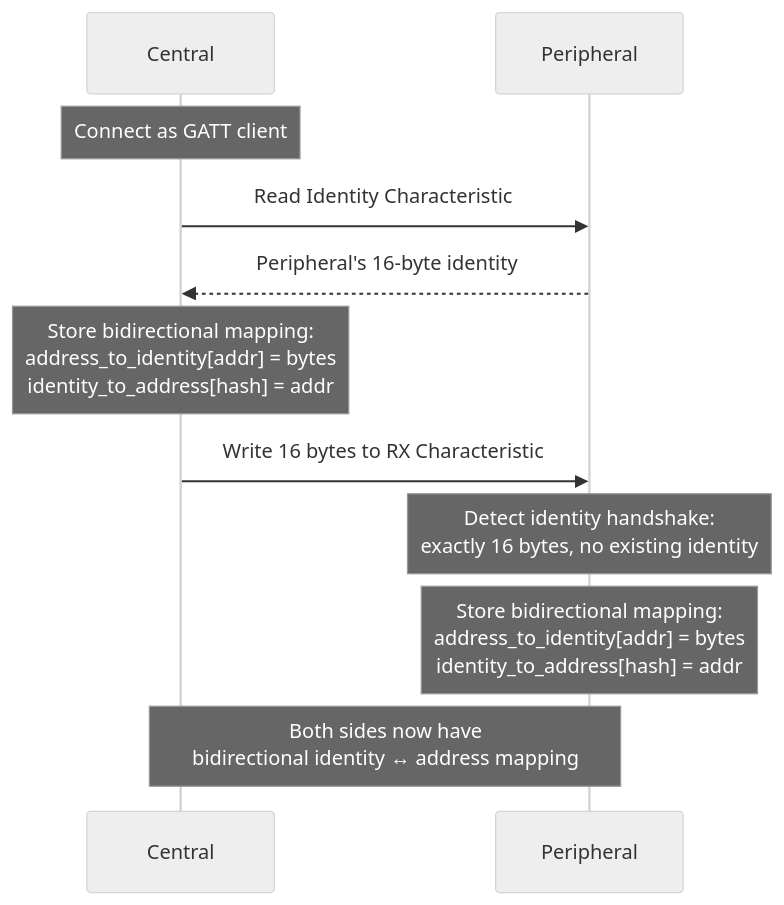
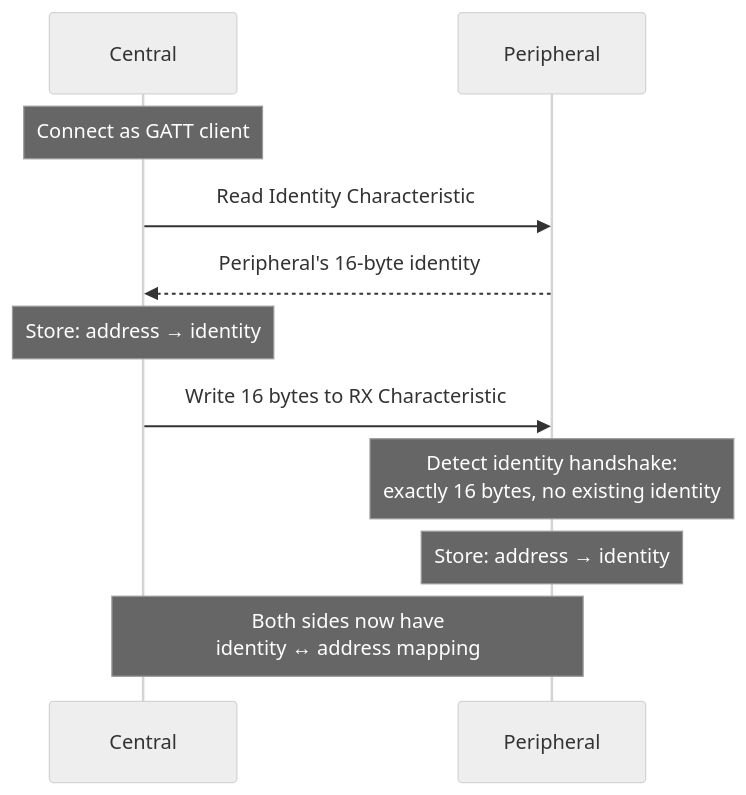
Before and after one commit to derpyspike/columba: the sixth of 17 diagrams in docs/ble-architecture.md, drawn with Mermaid (neutral theme). The commit also changed other lines of this file, not shown here.

Commit message:
docs(ble): improve architecture diagram layout and structure

````diff
--- a/docs/ble-architecture.md
+++ b/docs/ble-architecture.md
@@ -345,16 +248,16 @@
 ```mermaid
 sequenceDiagram
     participant C as Central
     participant P as Peripheral
 
     Note over C: Connect as GATT client
     C->>P: Read Identity Characteristic
     P-->>C: Peripheral's 16-byte identity
-    Note over C: Store bidirectional mapping:<br/>address_to_identity[addr] = bytes<br/>identity_to_address[hash] = addr
+    Note over C: Store: address → identity
 
     C->>P: Write 16 bytes to RX Characteristic
     Note over P: Detect identity handshake:<br/>exactly 16 bytes, no existing identity
-    Note over P: Store bidirectional mapping:<br/>address_to_identity[addr] = bytes<br/>identity_to_address[hash] = addr
+    Note over P: Store: address → identity
 
-    Note over C,P: Both sides now have<br/>bidirectional identity ↔ address mapping
+    Note over C,P: Both sides now have<br/>identity ↔ address mapping
 ```
````
